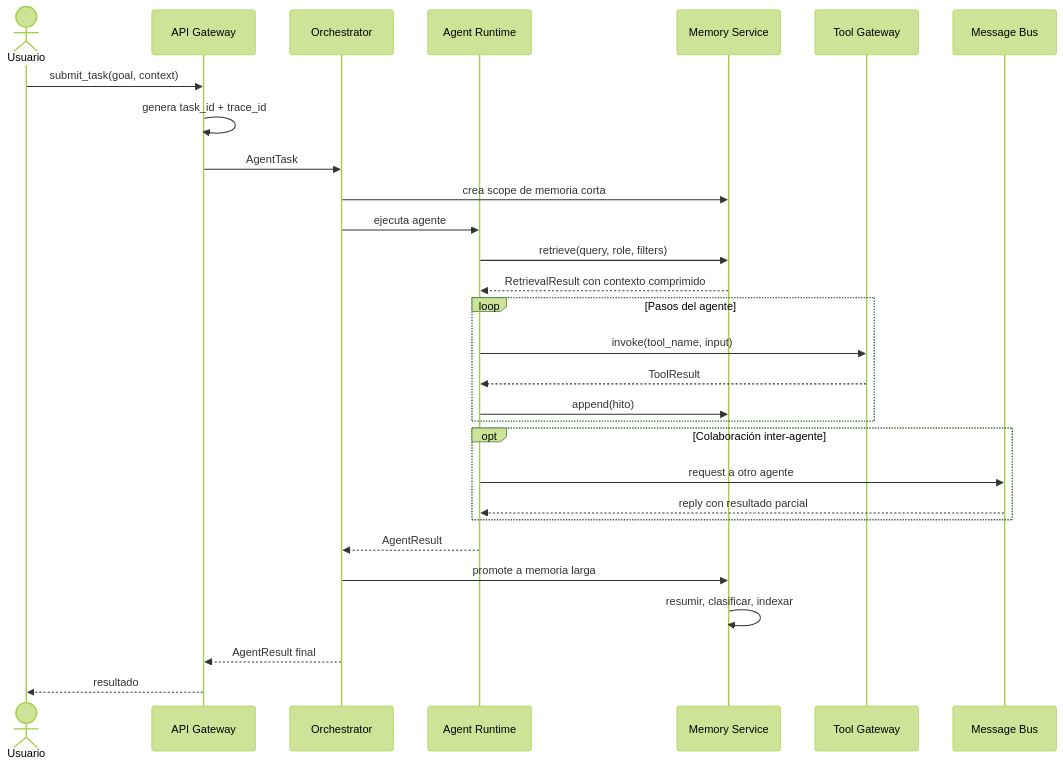
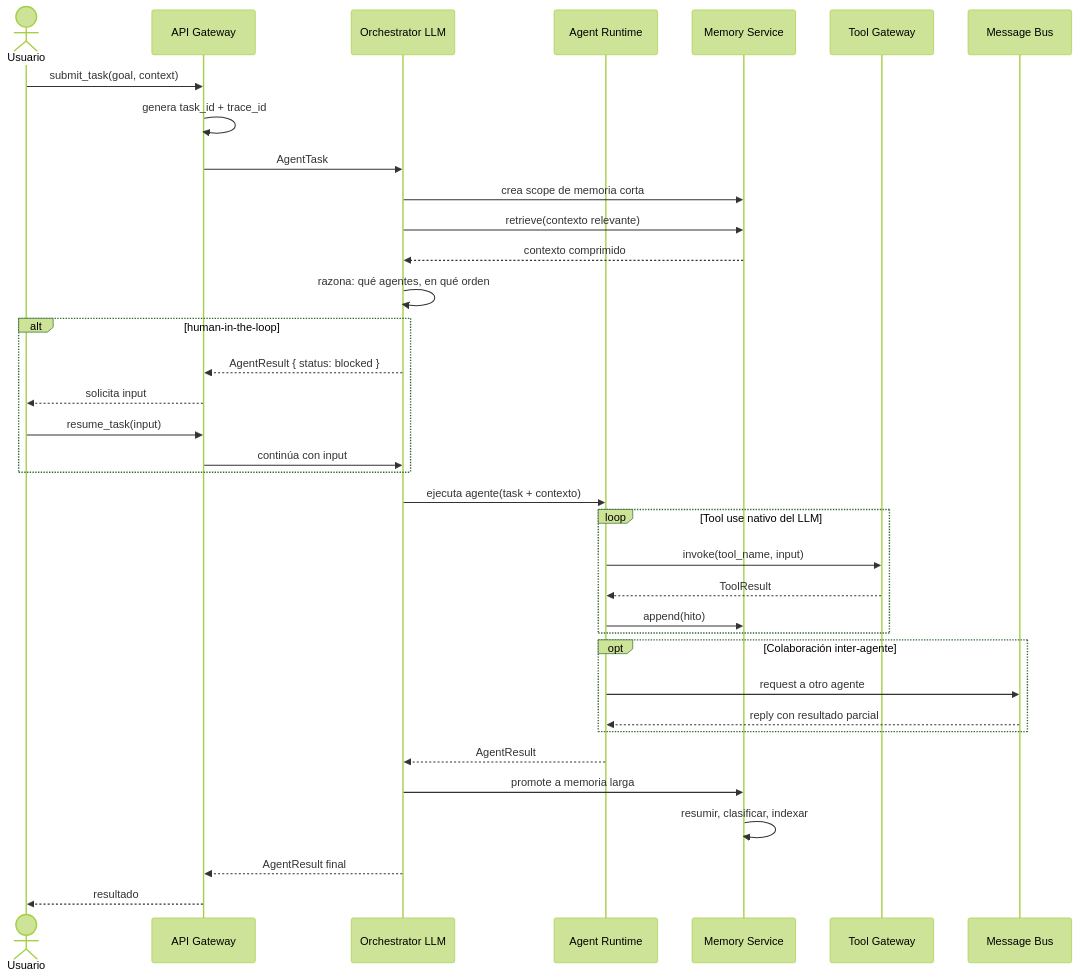
Before and after one commit to ahiguerat/openAgents: the second of 3 diagrams in arquitectura.md, drawn with Mermaid (forest theme). The commit also changed other lines of this file and 2 other files, not shown here.

First line of the commit message:
docs(architecture): close architecture — orchestrator as LLM, activity model, updated contracts

````diff
--- a/arquitectura.md
+++ b/arquitectura.md
@@ -243,35 +255,45 @@
 ```mermaid
 sequenceDiagram
     actor U as Usuario
     participant GW as API Gateway
-    participant ORC as Orchestrator
+    participant ORC as Orchestrator LLM
     participant RT as Agent Runtime
     participant MS as Memory Service
     participant TG as Tool Gateway
     participant MB as Message Bus
 
     U->>GW: submit_task(goal, context)
     GW->>GW: genera task_id + trace_id
     GW->>ORC: AgentTask
+
     ORC->>MS: crea scope de memoria corta
-    ORC->>RT: ejecuta agente
-    RT->>MS: retrieve(query, role, filters)
-    MS-->>RT: RetrievalResult con contexto comprimido
+    ORC->>MS: retrieve(contexto relevante)
+    MS-->>ORC: contexto comprimido
+    ORC->>ORC: razona: qué agentes, en qué orden
 
-    loop Pasos del agente
+    alt human-in-the-loop
+        ORC-->>GW: AgentResult { status: blocked }
+        GW-->>U: solicita input
+        U->>GW: resume_task(input)
+        GW->>ORC: continúa con input
+    end
+
+    ORC->>RT: ejecuta agente(task + contexto)
+
+    loop Tool use nativo del LLM
         RT->>TG: invoke(tool_name, input)
         TG-->>RT: ToolResult
         RT->>MS: append(hito)
     end
 
     opt Colaboración inter-agente
         RT->>MB: request a otro agente
         MB-->>RT: reply con resultado parcial
     end
 
     RT-->>ORC: AgentResult
     ORC->>MS: promote a memoria larga
     MS->>MS: resumir, clasificar, indexar
     ORC-->>GW: AgentResult final
     GW-->>U: resultado
 ```
````
